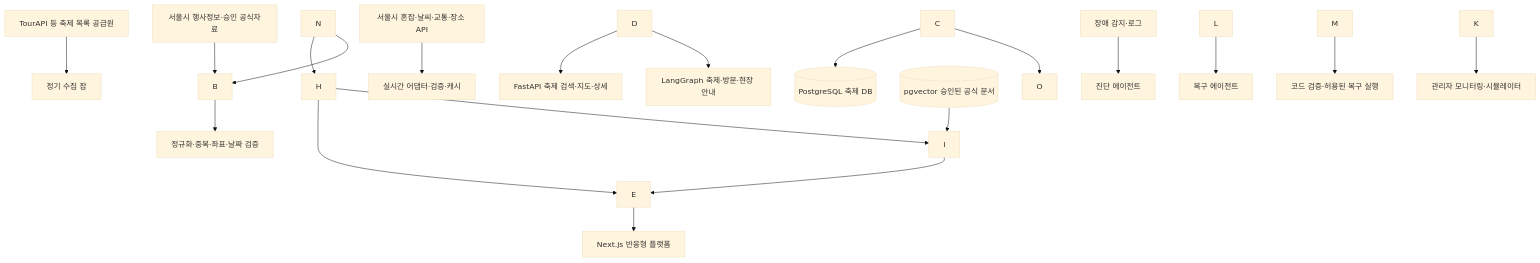
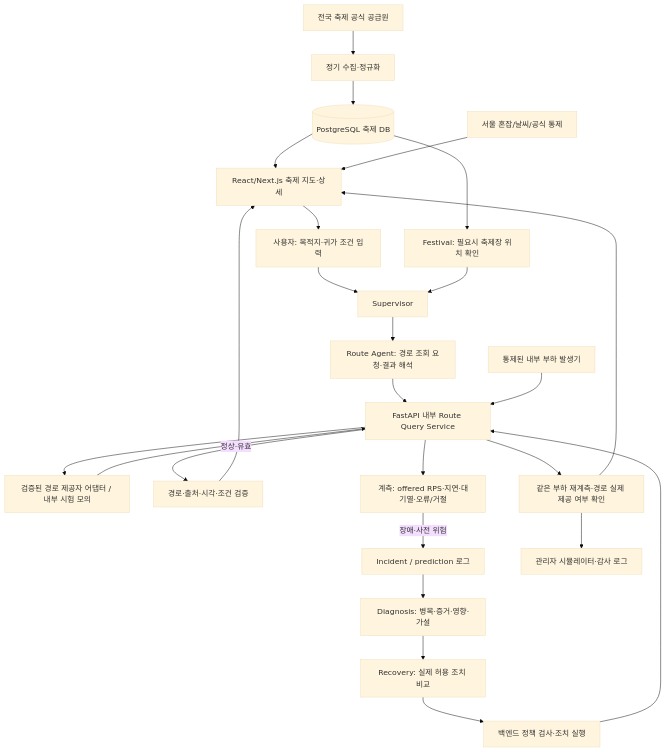
The first of 4 diagrams in Docs/Step 1/놀다가_기획서.md (yubeenjjang/Final3team), drawn with Mermaid (base theme) before and after one commit. The commit also changed other lines of this file and 1 other file, not shown here.

````diff
--- a/Docs/Step 1/놀다가_기획서.md
+++ b/Docs/Step 1/놀다가_기획서.md
@@ -547,22 +752,27 @@
 ```mermaid
 flowchart TD
-  A\[TourAPI 등 축제 목록 공급원] --> B\[정기 수집 잡]
-  A2\[서울시 행사정보·승인 공식자료] --> B
-  B --> C\[정규화·중복·좌표·날짜 검증]
-  C --> D\[(PostgreSQL 축제 DB)]
-  D --> E\[FastAPI 축제 검색·지도·상세]
-  E --> F\[Next.js 반응형 플랫폼]
-  G\[서울시 혼잡·날씨·교통·장소 API] --> H\[실시간 어댑터·검증·캐시]
-  H --> E
-  D --> I\[LangGraph 축제·방문·현장 안내]
-  H --> I
-  J\[(pgvector 승인된 공식 문서)] --> I
-  I --> E
-  K\[장애 감지·로그] --> L\[진단 에이전트]
-  L --> M\[복구 에이전트]
-  M --> N\[코드 검증·허용된 복구 실행]
-  N --> H
-  N --> B
-  K --> O\[관리자 모니터링·시뮬레이터]
-  C --> O
+  F[전국 축제 공식 공급원] --> I[정기 수집·정규화]
+  I --> DB[(PostgreSQL 축제 DB)]
+  DB --> UI[React/Next.js 축제 지도·상세]
+  UI --> Q[사용자: 목적지·귀가 조건 입력]
+  Q --> S[Supervisor]
+  DB --> FF[Festival: 필요시 축제장 위치 확인]
+  FF --> S
+  S --> R[Route Agent: 경로 조회 요청·결과 해석]
+  R --> G[FastAPI 내부 Route Query Service]
+  G --> P[검증된 경로 제공자 어댑터 / 내부 시험 모의]
+  P --> G
+  G -->|정상·유효| V[경로·출처·시각·조건 검증]
+  V --> UI
+  LOAD[통제된 내부 부하 발생기] --> G
+  G --> MET[계측: offered RPS·지연·대기열·오류/거절]
+  MET -->|장애·사전 위험| INC[Incident / prediction 로그]
+  INC --> D[Diagnosis: 병목·증거·영향·가설]
+  D --> REC[Recovery: 실제 허용 조치 비교]
+  REC --> POLICY[백엔드 정책 검사·조치 실행]
+  POLICY --> G
+  G --> VERIFY[같은 부하 재계측·경로 실제 제공 여부 확인]
+  VERIFY --> UI
+  VERIFY --> ADMIN[관리자 시뮬레이터·감사 로그]
+  SEP[서울 혼잡/날씨/공식 통제] --> UI
 ```
````
